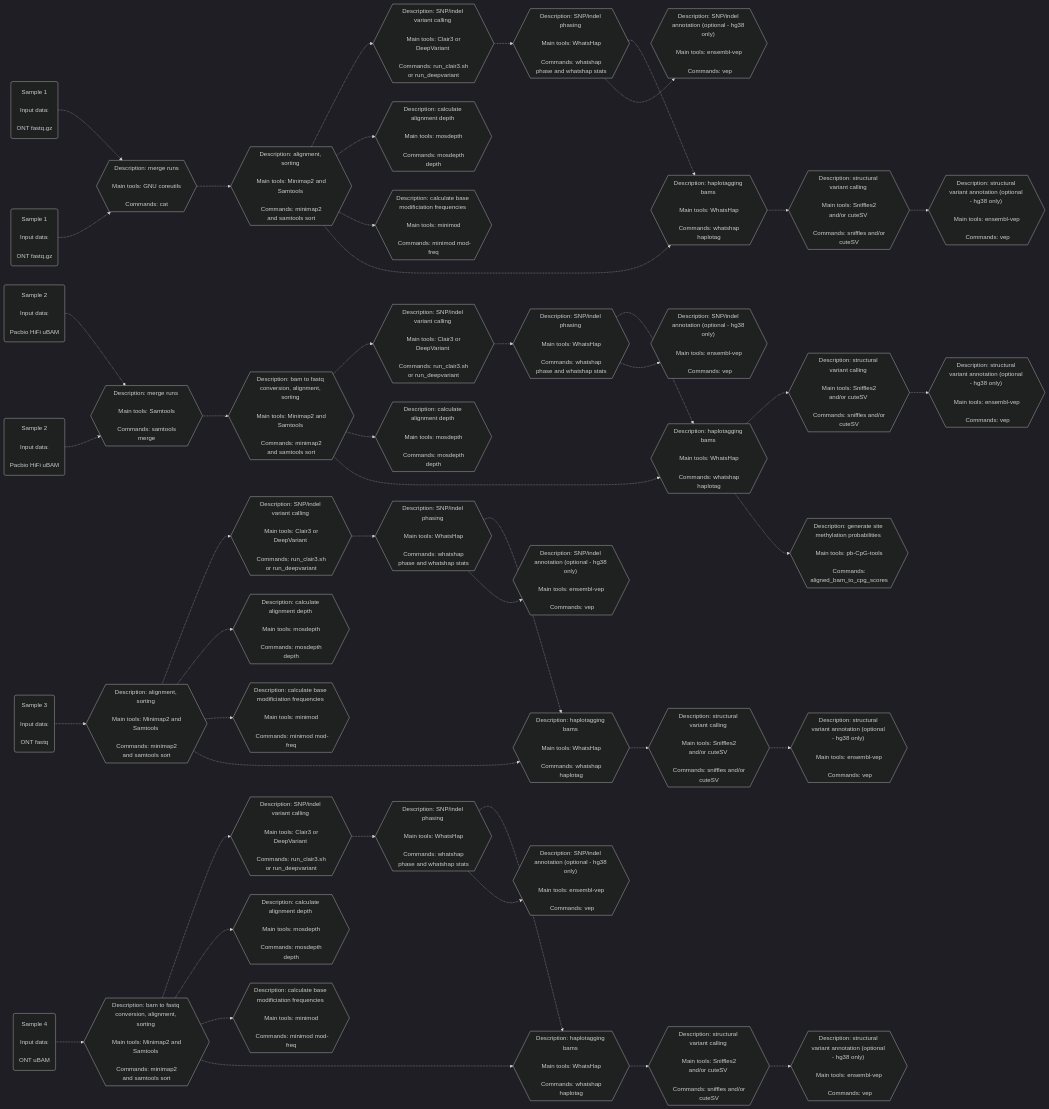
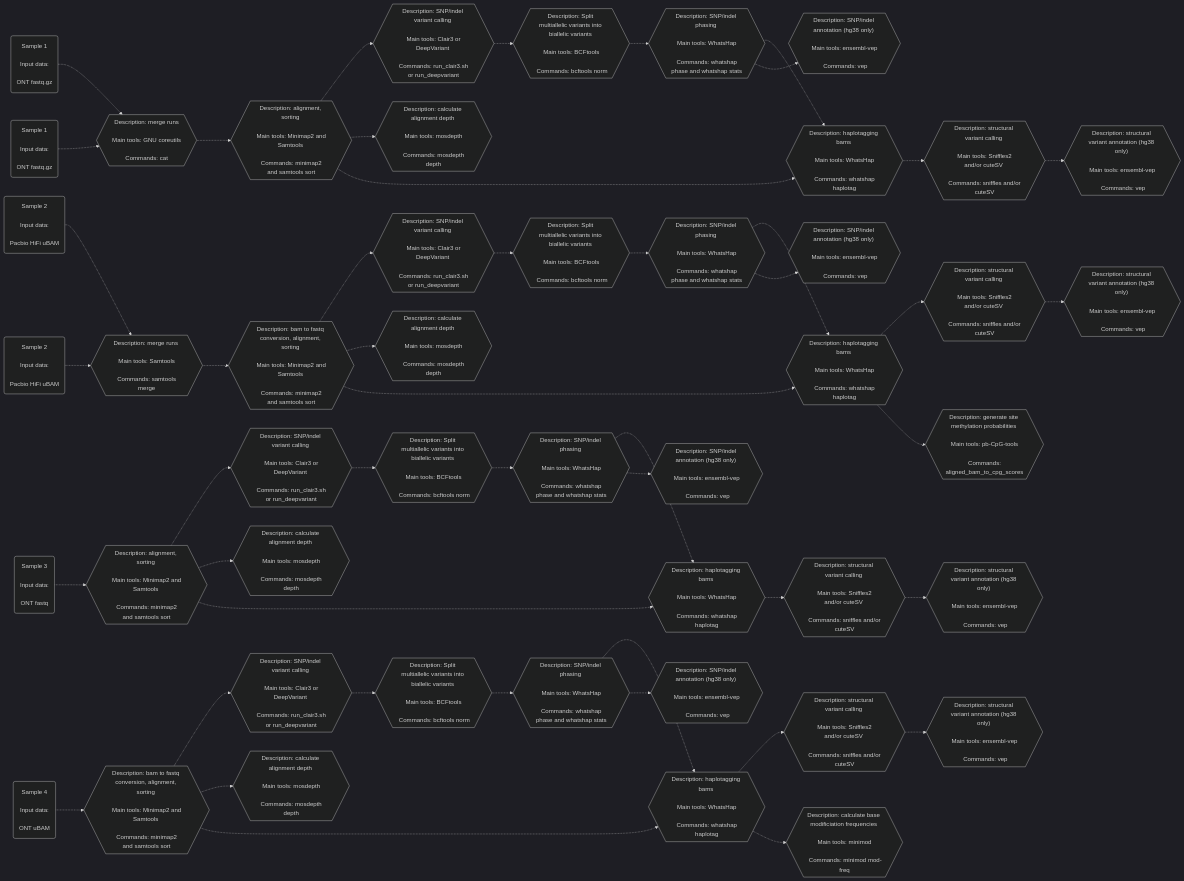
One commit to leahkemp/pipeface changed the third of 4 diagrams in README.md. Above: the diagram before and after it, drawn with Mermaid. The commit also changed other lines of this file and 6 other files, not shown here.

```diff
--- a/README.md
+++ b/README.md
@@ -72,24 +113,27 @@
 snp_indel_calling_s3{{"Description: SNP/indel variant calling <br><br> Main tools: Clair3 or DeepVariant <br><br> Commands: run_clair3.sh or run_deepvariant"}}
 snp_indel_calling_s4{{"Description: SNP/indel variant calling <br><br> Main tools: Clair3 or DeepVariant <br><br> Commands: run_clair3.sh or run_deepvariant"}}
 
+split_multiallele_s1{{"Description: Split multiallelic variants into biallelic variants <br><br> Main tools: BCFtools <br><br> Commands: bcftools norm"}}
+split_multiallele_s2{{"Description: Split multiallelic variants into biallelic variants <br><br> Main tools: BCFtools <br><br> Commands: bcftools norm"}}
+split_multiallele_s3{{"Description: Split multiallelic variants into biallelic variants <br><br> Main tools: BCFtools <br><br> Commands: bcftools norm"}}
+split_multiallele_s4{{"Description: Split multiallelic variants into biallelic variants <br><br> Main tools: BCFtools <br><br> Commands: bcftools norm"}}
+
 snp_indel_phasing_s1{{"Description: SNP/indel phasing <br><br> Main tools: WhatsHap <br><br> Commands: whatshap phase and whatshap stats"}}
 snp_indel_phasing_s2{{"Description: SNP/indel phasing <br><br> Main tools: WhatsHap <br><br> Commands: whatshap phase and whatshap stats"}}
 snp_indel_phasing_s3{{"Description: SNP/indel phasing <br><br> Main tools: WhatsHap <br><br> Commands: whatshap phase and whatshap stats"}}
 snp_indel_phasing_s4{{"Description: SNP/indel phasing <br><br> Main tools: WhatsHap <br><br> Commands: whatshap phase and whatshap stats"}}
 
-snp_indel_annotation_s1{{"Description: SNP/indel annotation (optional - hg38 only)" <br><br> Main tools: ensembl-vep <br><br> Commands: vep}}
-snp_indel_annotation_s2{{"Description: SNP/indel annotation (optional - hg38 only)" <br><br> Main tools: ensembl-vep <br><br> Commands: vep}}
-snp_indel_annotation_s3{{"Description: SNP/indel annotation (optional - hg38 only)" <br><br> Main tools: ensembl-vep <br><br> Commands: vep}}
-snp_indel_annotation_s4{{"Description: SNP/indel annotation (optional - hg38 only)" <br><br> Main tools: ensembl-vep <br><br> Commands: vep}}
+snp_indel_annotation_s1{{"Description: SNP/indel annotation (hg38 only)" <br><br> Main tools: ensembl-vep <br><br> Commands: vep}}
+snp_indel_annotation_s2{{"Description: SNP/indel annotation (hg38 only)" <br><br> Main tools: ensembl-vep <br><br> Commands: vep}}
+snp_indel_annotation_s3{{"Description: SNP/indel annotation (hg38 only)" <br><br> Main tools: ensembl-vep <br><br> Commands: vep}}
+snp_indel_annotation_s4{{"Description: SNP/indel annotation (hg38 only)" <br><br> Main tools: ensembl-vep <br><br> Commands: vep}}
 
 haplotagging_s1{{"Description: haplotagging bams <br><br> Main tools: WhatsHap <br><br> Commands: whatshap haplotag"}}
 haplotagging_s2{{"Description: haplotagging bams <br><br> Main tools: WhatsHap <br><br> Commands: whatshap haplotag"}}
 haplotagging_s3{{"Description: haplotagging bams <br><br> Main tools: WhatsHap <br><br> Commands: whatshap haplotag"}}
 haplotagging_s4{{"Description: haplotagging bams <br><br> Main tools: WhatsHap <br><br> Commands: whatshap haplotag"}}
 
-calculate_base_mod_freqs_s1{{"Description: calculate base modificiation frequencies <br><br> Main tools: minimod <br><br> Commands: minimod mod-freq"}}
 generate_meth_probs_s2{{"Description: generate site methylation probabilities <br><br> Main tools: pb-CpG-tools <br><br> Commands: aligned_bam_to_cpg_scores"}}
-calculate_base_mod_freqs_s3{{"Description: calculate base modificiation frequencies <br><br> Main tools: minimod <br><br> Commands: minimod mod-freq"}}
 calculate_base_mod_freqs_s4{{"Description: calculate base modificiation frequencies <br><br> Main tools: minimod <br><br> Commands: minimod mod-freq"}}
 
 sv_calling_s1{{"Description: structural variant calling <br><br> Main tools: Sniffles2 and/or cuteSV <br><br> Commands: sniffles and/or cuteSV"}}
@@ -97,26 +141,22 @@
 sv_calling_s3{{"Description: structural variant calling <br><br> Main tools: Sniffles2 and/or cuteSV <br><br> Commands: sniffles and/or cuteSV"}}
 sv_calling_s4{{"Description: structural variant calling <br><br> Main tools: Sniffles2 and/or cuteSV <br><br> Commands: sniffles and/or cuteSV"}}
 
-sv_annotation_s1{{"Description: structural variant annotation (optional - hg38 only)" <br><br> Main tools: ensembl-vep <br><br> Commands: vep}}
-sv_annotation_s2{{"Description: structural variant annotation (optional - hg38 only)" <br><br> Main tools: ensembl-vep <br><br> Commands: vep}}
-sv_annotation_s3{{"Description: structural variant annotation (optional - hg38 only)" <br><br> Main tools: ensembl-vep <br><br> Commands: vep}}
-sv_annotation_s4{{"Description: structural variant annotation (optional - hg38 only)" <br><br> Main tools: ensembl-vep <br><br> Commands: vep}}
+sv_annotation_s1{{"Description: structural variant annotation (hg38 only)" <br><br> Main tools: ensembl-vep <br><br> Commands: vep}}
+sv_annotation_s2{{"Description: structural variant annotation (hg38 only)" <br><br> Main tools: ensembl-vep <br><br> Commands: vep}}
+sv_annotation_s3{{"Description: structural variant annotation (hg38 only)" <br><br> Main tools: ensembl-vep <br><br> Commands: vep}}
+sv_annotation_s4{{"Description: structural variant annotation (hg38 only)" <br><br> Main tools: ensembl-vep <br><br> Commands: vep}}
 
-ont_data_f1-.->merging_m1-.->alignment_s1-.->snp_indel_calling_s1-.->snp_indel_phasing_s1-.->haplotagging_s1-.->sv_calling_s1
+ont_data_f1-.->merging_m1-.->alignment_s1-.->snp_indel_calling_s1-.->split_multiallele_s1-.->snp_indel_phasing_s1-.->haplotagging_s1-.->sv_calling_s1
 ont_data_f2-.->merging_m1
-pacbio_data_f3-.->merging_m2-.->alignment_s2-.->snp_indel_calling_s2-.->snp_indel_phasing_s2-.->haplotagging_s2-.->sv_calling_s2
+pacbio_data_f3-.->merging_m2-.->alignment_s2-.->snp_indel_calling_s2-.->split_multiallele_s2-.->snp_indel_phasing_s2-.->haplotagging_s2-.->sv_calling_s2
 pacbio_data_f4-.->merging_m2
-ont_data_f5-.->alignment_s3-.->snp_indel_calling_s3-.->snp_indel_phasing_s3-.->haplotagging_s3-.->sv_calling_s3
-ont_data_f6-.->alignment_s4-.->snp_indel_calling_s4-.->snp_indel_phasing_s4-.->haplotagging_s4-.->sv_calling_s4
+ont_data_f5-.->alignment_s3-.->snp_indel_calling_s3-.->split_multiallele_s3-.->snp_indel_phasing_s3-.->haplotagging_s3-.->sv_calling_s3
+ont_data_f6-.->alignment_s4-.->snp_indel_calling_s4-.->split_multiallele_s4-.->snp_indel_phasing_s4-.->haplotagging_s4-.->sv_calling_s4
 
 alignment_s1-.->depth_s1
 alignment_s2-.->depth_s2
 alignment_s3-.->depth_s3
 alignment_s4-.->depth_s4
-
-alignment_s1-.->calculate_base_mod_freqs_s1
-alignment_s3-.->calculate_base_mod_freqs_s3
-alignment_s4-.->calculate_base_mod_freqs_s4
 
 alignment_s1-.->haplotagging_s1
 alignment_s2-.->haplotagging_s2
@@ -124,6 +164,7 @@
 alignment_s4-.->haplotagging_s4
 
 haplotagging_s2-.->generate_meth_probs_s2
+haplotagging_s4-.->calculate_base_mod_freqs_s4
 
 snp_indel_phasing_s1-.->snp_indel_annotation_s1
 snp_indel_phasing_s2-.->snp_indel_annotation_s2
```
